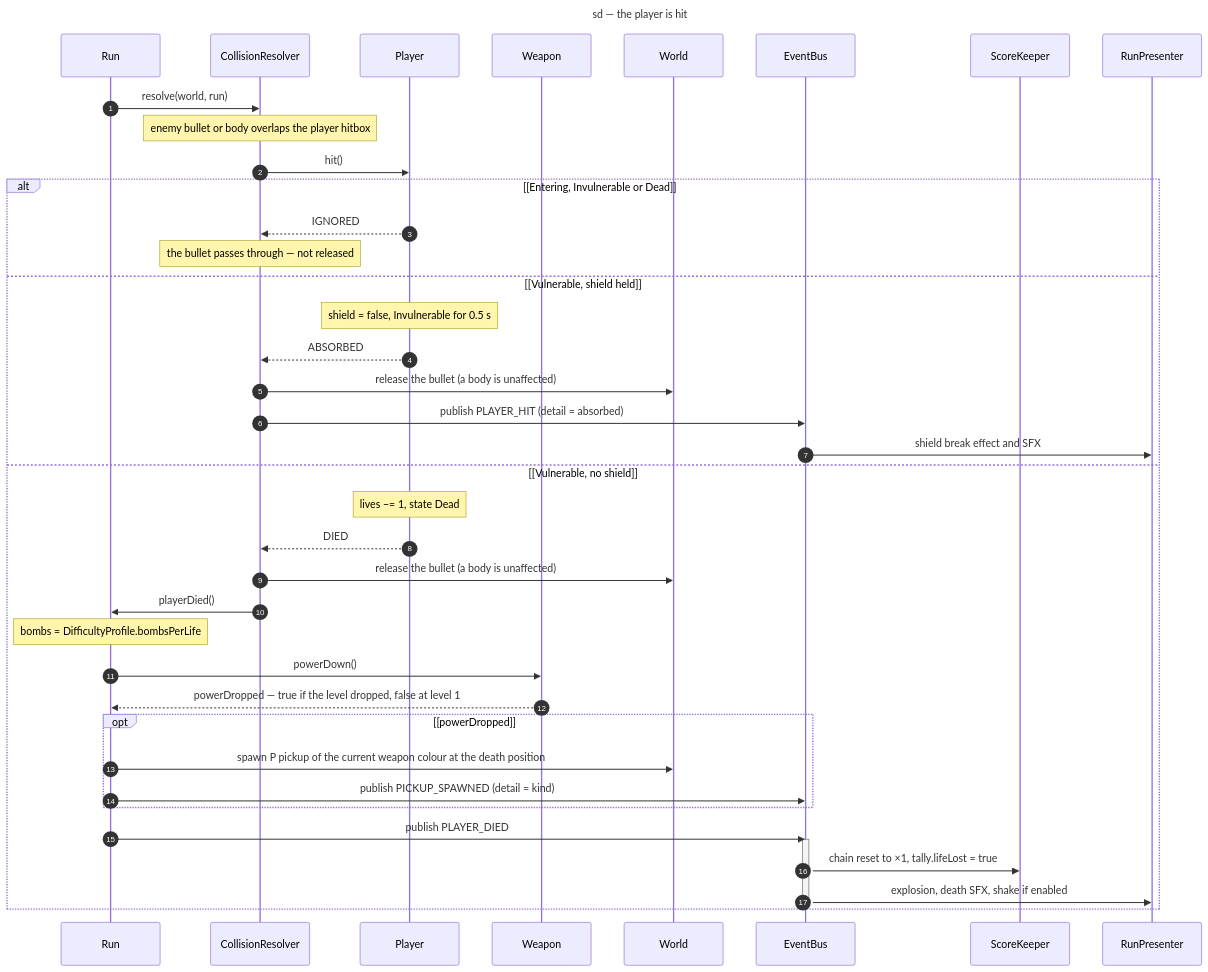
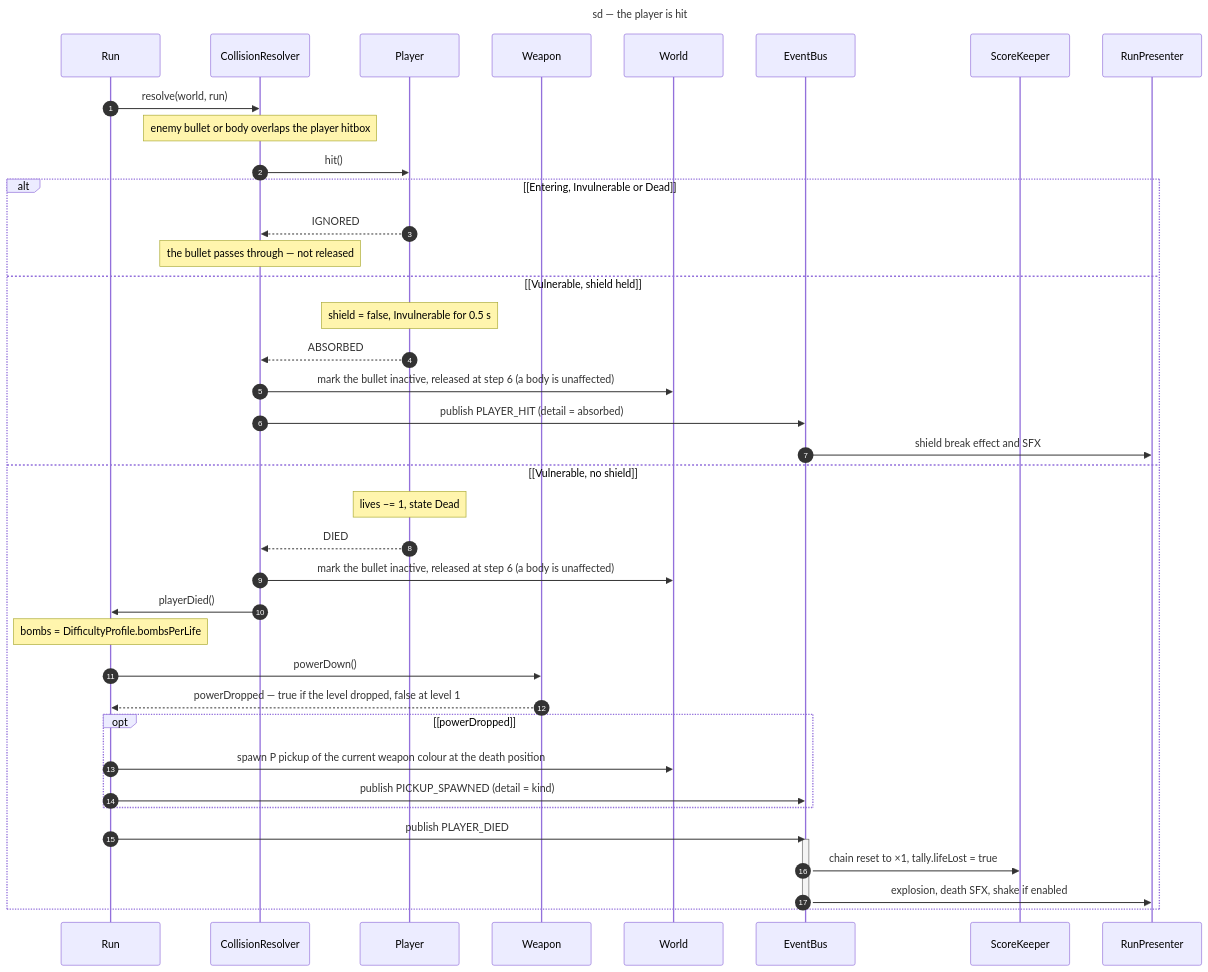
Before and after one commit to benoit-bremaud/retro-shmup: the diagram in docs/architecture/diagrams/gameplay/02-sequence-player-hit.md, drawn with Mermaid. The commit also changed 8 other files, not shown here.

First line of the commit message:
docs(design): GDD v0.6 and UML for the enemies brick

````diff
--- a/docs/architecture/diagrams/gameplay/02-sequence-player-hit.md
+++ b/docs/architecture/diagrams/gameplay/02-sequence-player-hit.md
@@ -18,46 +18,46 @@
 ```mermaid
 ---
 title: sd — the player is hit
 ---
 sequenceDiagram
   autonumber
   participant Run as Run
   participant CR as CollisionResolver
   participant Pl as Player
   participant Wp as Weapon
   participant W as World
   participant Bus as EventBus
   participant SK as ScoreKeeper
   participant P as RunPresenter
 
   Run->>CR: resolve(world, run)
   Note over CR: enemy bullet or body overlaps the player hitbox
   CR->>Pl: hit()
   alt [Entering, Invulnerable or Dead]
     Pl-->>CR: IGNORED
     Note over CR: the bullet passes through — not released
   else [Vulnerable, shield held]
     Note over Pl: shield = false, Invulnerable for 0.5 s
     Pl-->>CR: ABSORBED
-    CR->>W: release the bullet (a body is unaffected)
+    CR->>W: mark the bullet inactive, released at step 6 (a body is unaffected)
     CR->>Bus: publish PLAYER_HIT (detail = absorbed)
     Bus->>P: shield break effect and SFX
   else [Vulnerable, no shield]
     Note over Pl: lives −= 1, state Dead
     Pl-->>CR: DIED
-    CR->>W: release the bullet (a body is unaffected)
+    CR->>W: mark the bullet inactive, released at step 6 (a body is unaffected)
     CR->>Run: playerDied()
     Note over Run: bombs = DifficultyProfile.bombsPerLife
     Run->>Wp: powerDown()
     Wp-->>Run: powerDropped — true if the level dropped, false at level 1
     opt [powerDropped]
       Run->>W: spawn P pickup of the current weapon colour at the death position
       Run->>Bus: publish PICKUP_SPAWNED (detail = kind)
     end
     Run->>Bus: publish PLAYER_DIED
     activate Bus
     Bus->>SK: chain reset to ×1, tally.lifeLost = true
     Bus->>P: explosion, death SFX, shake if enabled
     deactivate Bus
   end
 ```
````
